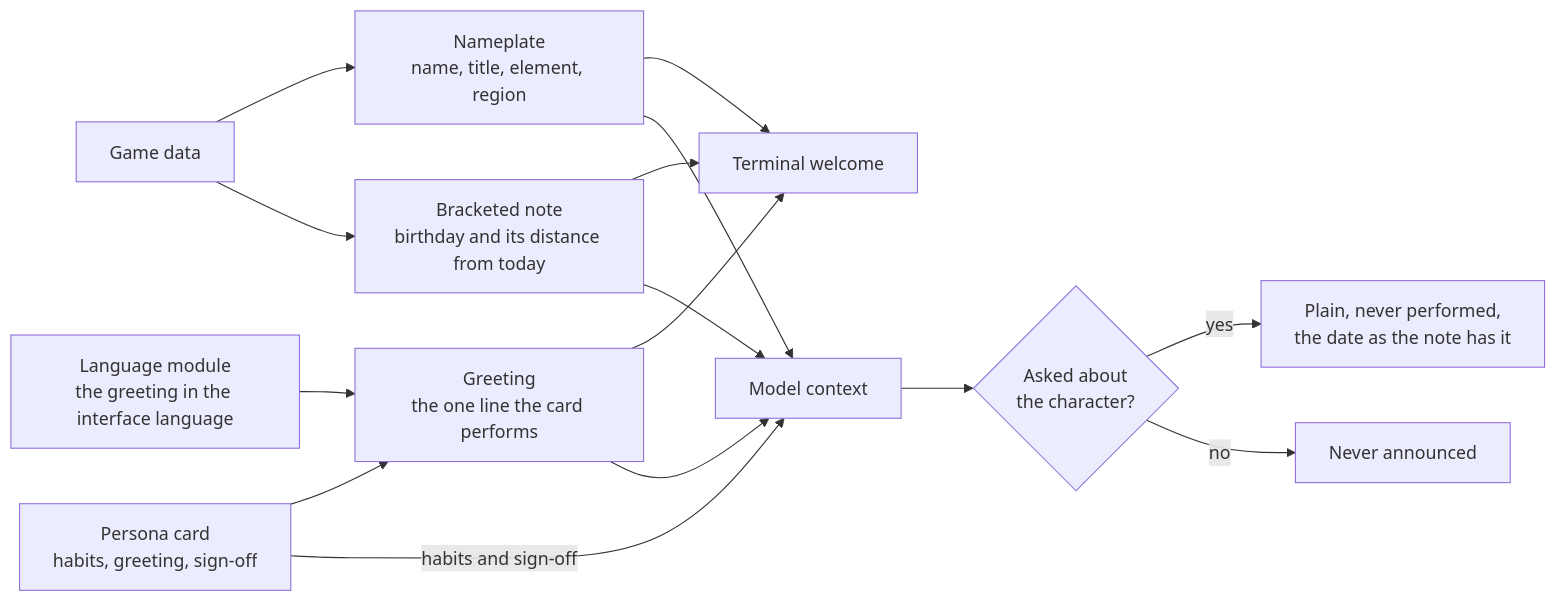
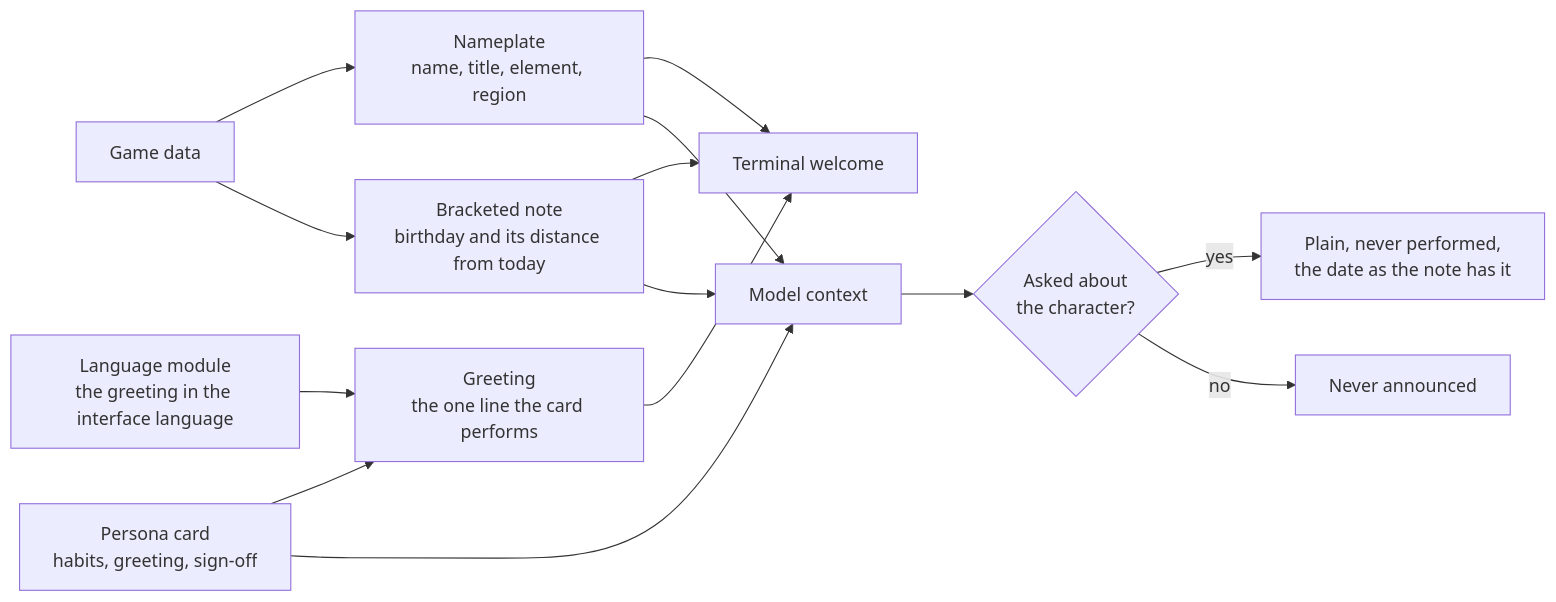
One commit to Esposter/Esposter changed the fourth of 6 diagrams in apps/web/content/docs/infra/claude-interface/persona-plugin.md. Above: the diagram before and after it, drawn with Mermaid. The commit also changed other lines of this file and 5 other files, not shown here.

First line of the commit message:
fix(genshin-persona): the card the model reads keeps its own greeting, and the welcome keeps the language's

````diff
--- a/apps/web/content/docs/infra/claude-interface/persona-plugin.md
+++ b/apps/web/content/docs/infra/claude-interface/persona-plugin.md
@@ -152,26 +152,25 @@
 ```mermaid
 flowchart LR
     Data["Game data"]
     PersonaCard["Persona card<br/>habits, greeting, sign-off"]
     Headline["Nameplate<br/>name, title, element, region"]
     Note["Bracketed note<br/>birthday and its distance from today"]
     Language["Language module<br/>the greeting in the interface language"]
     Greeting["Greeting<br/>the one line the card performs"]
     Terminal["Terminal welcome"]
     Context["Model context"]
     Asked{Asked about<br/>the character?}
     Answer["Plain, never performed,<br/>the date as the note has it"]
     Silent["Never announced"]
 
     Data --> Headline --> Terminal
     Data --> Note --> Terminal
     PersonaCard --> Greeting --> Terminal
     Language --> Greeting
-    Greeting --> Context
     Headline --> Context
     Note --> Context
-    PersonaCard -- "habits and sign-off" --> Context
+    PersonaCard --> Context
     Context --> Asked
     Asked -- yes --> Answer
     Asked -- no --> Silent
 ```
````
